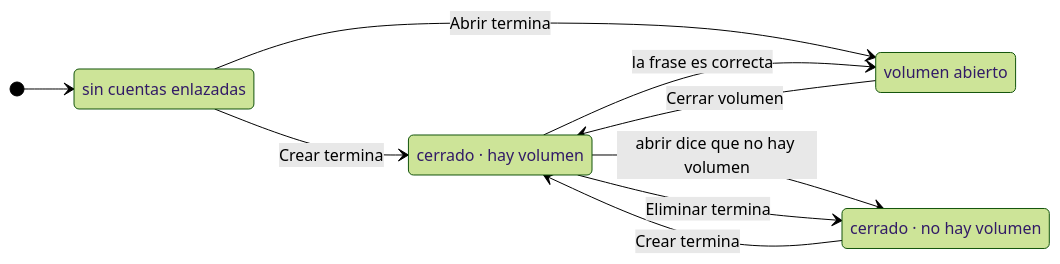
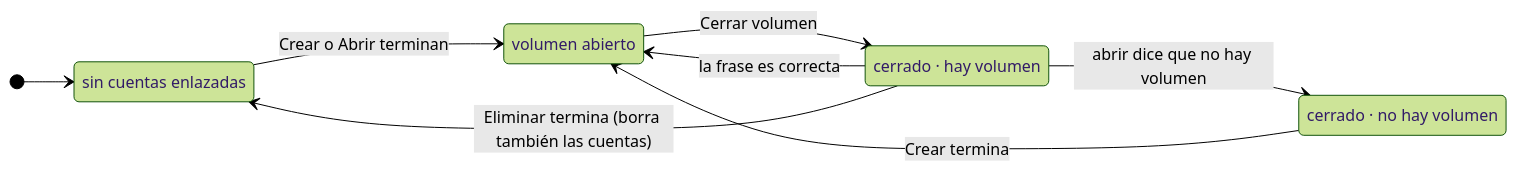
One commit to lmoraperez/multidrive changed the second of 2 diagrams in docs/ANDROID.md. Above: the diagram before and after it, drawn with Mermaid (forest theme). The commit also changed other lines of this file and 10 other files, not shown here.

First line of the commit message:
Crear, eliminar y ampliar desde el telefono, y el espacio a la vista

````diff
--- a/docs/ANDROID.md
+++ b/docs/ANDROID.md
@@ -177,18 +191,17 @@
 ```mermaid
 stateDiagram-v2
     direction LR
     [*] --> sinCuentas
 
     sinCuentas: sin cuentas enlazadas
     hayVolumen: cerrado · hay volumen
     noHayVolumen: cerrado · no hay volumen
     abierto: volumen abierto
 
-    sinCuentas --> hayVolumen: Crear termina
-    sinCuentas --> abierto: Abrir termina
+    sinCuentas --> abierto: Crear o Abrir terminan
     hayVolumen --> abierto: la frase es correcta
     hayVolumen --> noHayVolumen: abrir dice que no hay volumen
-    hayVolumen --> noHayVolumen: Eliminar termina
-    noHayVolumen --> hayVolumen: Crear termina
+    hayVolumen --> sinCuentas: Eliminar termina (borra también las cuentas)
+    noHayVolumen --> abierto: Crear termina
     abierto --> hayVolumen: Cerrar volumen
 ```
````
